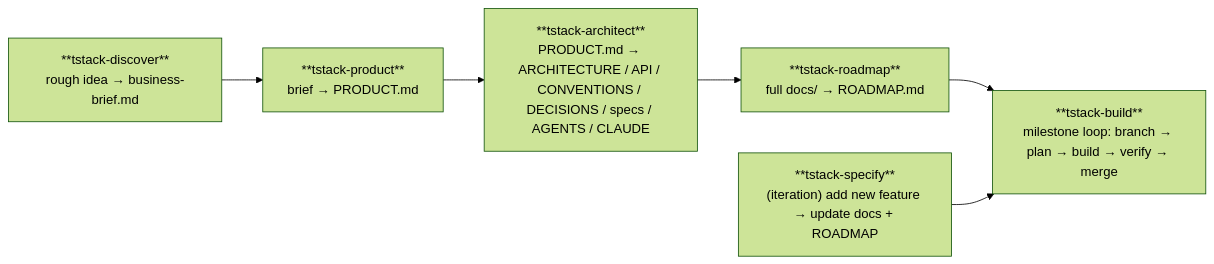
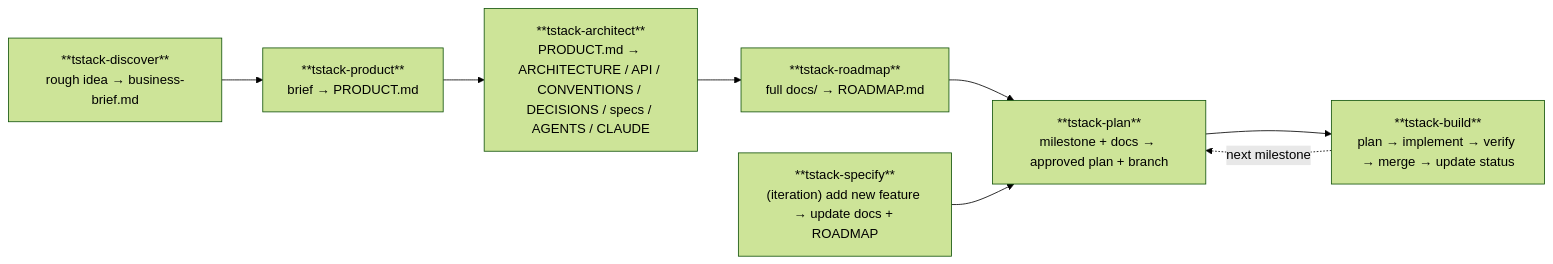
Before and after one commit to tatejennings/tstack: the diagram in README.md, drawn with Mermaid (forest theme). The commit also changed other lines of this file and 4 other files, not shown here.

````diff
--- a/README.md
+++ b/README.md
@@ -11,11 +11,13 @@
 ```mermaid
 flowchart LR
   A["**tstack-discover**<br/>rough idea → business-brief.md"]
   B["**tstack-product**<br/>brief → PRODUCT.md"]
   C["**tstack-architect**<br/>PRODUCT.md → ARCHITECTURE / API / CONVENTIONS / DECISIONS / specs / AGENTS / CLAUDE"]
   D["**tstack-roadmap**<br/>full docs/ → ROADMAP.md"]
-  E["**tstack-build**<br/>milestone loop: branch → plan → build → verify → merge"]
+  P["**tstack-plan**<br/>milestone + docs → approved plan + branch"]
+  E["**tstack-build**<br/>plan → implement → verify → merge → update status"]
   F["**tstack-specify**<br/>(iteration) add new feature → update docs + ROADMAP"]
-  A --> B --> C --> D --> E
-  F --> E
+  A --> B --> C --> D --> P --> E
+  E -.next milestone.-> P
+  F --> P
 ```
````
